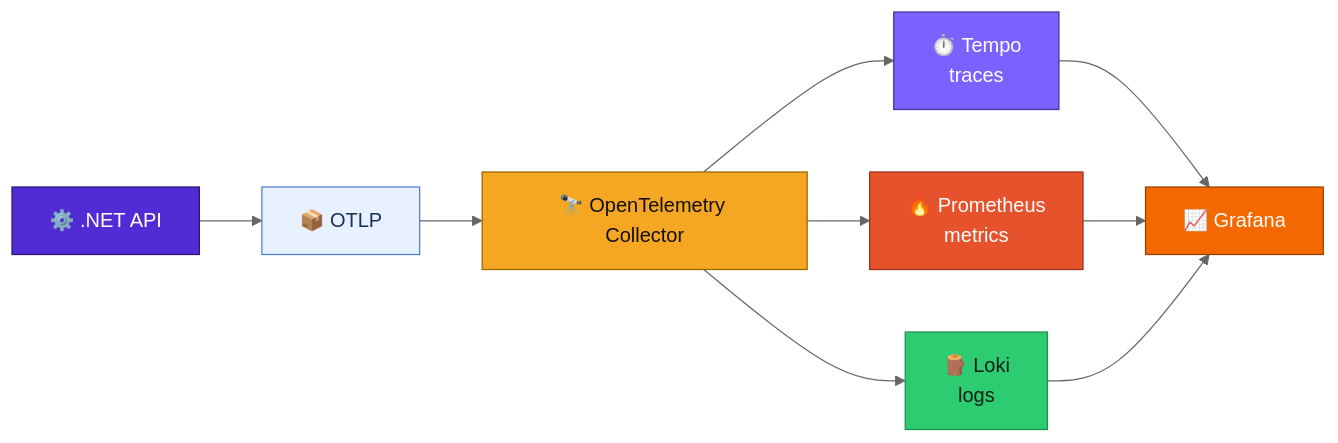
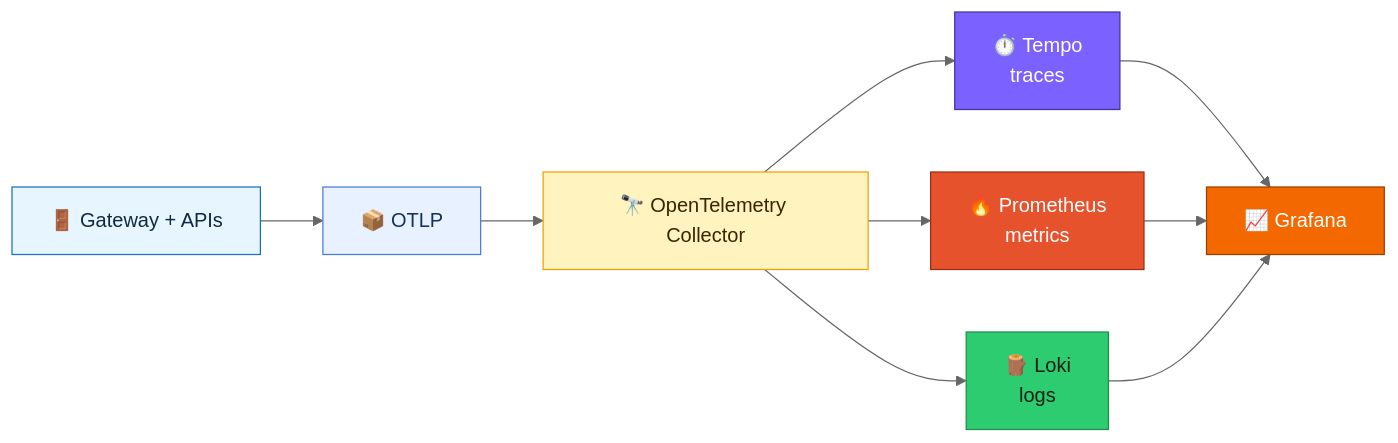
Before and after one commit to fnandop/aspire-apm-backends-pocs: the seventh of 7 diagrams in README.md, drawn with Mermaid (neutral theme). The commit also changed other lines of this file and 54 other files, not shown here.

````diff
--- a/README.md
+++ b/README.md
@@ -130,26 +162,26 @@
 ```mermaid
 graph LR
-    A["⚙️ .NET API"] --> B["📦 OTLP"]
-    B --> C["🔭 OpenTelemetry Collector"]
-    C --> D["⏱️ Tempo<br/>traces"]
-    C --> E["🔥 Prometheus<br/>metrics"]
-    C --> F["🪵 Loki<br/>logs"]
-    D --> G["📈 Grafana"]
-    E --> G
-    F --> G
+    APP["🚪 Gateway + APIs"] --> OTLP["📦 OTLP"]
+    OTLP --> OC["🔭 OpenTelemetry Collector"]
+    OC --> TEMPO["⏱️ Tempo<br/>traces"]
+    OC --> PROM["🔥 Prometheus<br/>metrics"]
+    OC --> LOKI["🪵 Loki<br/>logs"]
+    TEMPO --> GRAFANA["📈 Grafana"]
+    PROM --> GRAFANA
+    LOKI --> GRAFANA
 
-    classDef app fill:#512BD4,stroke:#2b166f,color:#fff
+    classDef app fill:#E7F5FF,stroke:#1971C2,color:#102A43
     classDef protocol fill:#E8F1FF,stroke:#4C7BD9,color:#16325C
-    classDef collector fill:#F5A623,stroke:#9A6400,color:#111
+    classDef collector fill:#FFF3BF,stroke:#F59F00,color:#3A2500
     classDef tempo fill:#7B61FF,stroke:#443399,color:#fff
     classDef prometheus fill:#E6522C,stroke:#9C2E16,color:#fff
     classDef loki fill:#2ECC71,stroke:#1F8E4D,color:#102015
     classDef grafana fill:#F46800,stroke:#9B3F00,color:#fff
-    class A app
-    class B protocol
-    class C collector
-    class D tempo
-    class E prometheus
-    class F loki
-    class G grafana
+    class APP app
+    class OTLP protocol
+    class OC collector
+    class TEMPO tempo
+    class PROM prometheus
+    class LOKI loki
+    class GRAFANA grafana
 ```
````
